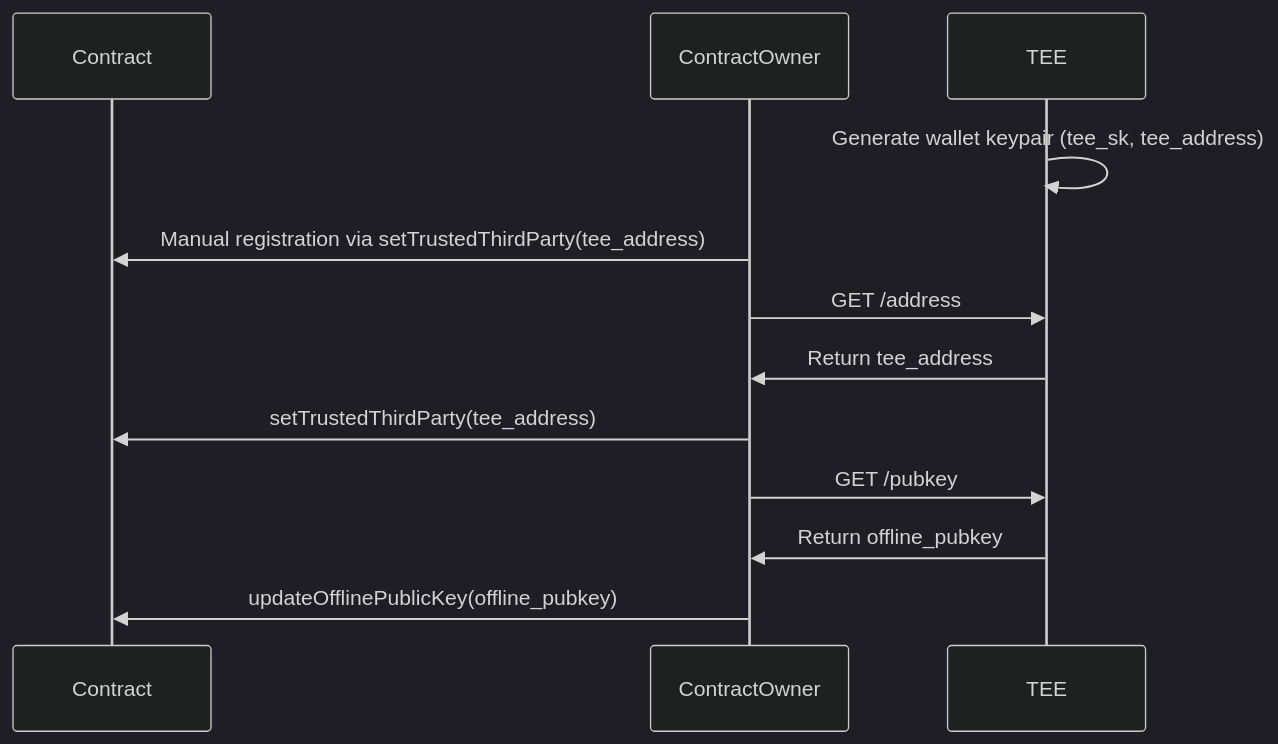
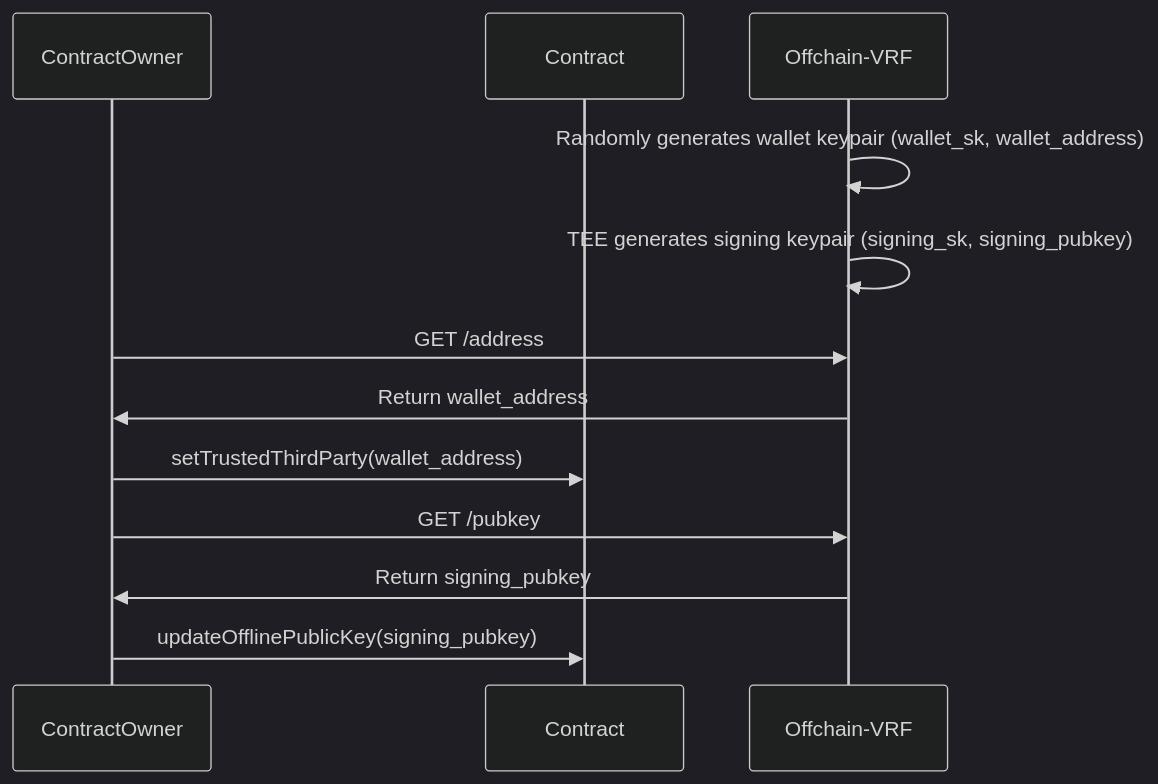
Before and after one commit to mondaylord/phala-cloud-vrf: the first of 2 diagrams in README.md, drawn with Mermaid (dark theme). The commit also changed other lines of this file and 7 other files, not shown here.

Commit message:
Update readme and the architecture

````diff
--- a/README.md
+++ b/README.md
@@ -20,15 +20,15 @@
 ```mermaid
 sequenceDiagram
+    participant ContractOwner
     participant Contract
-    participant ContractOwner
-    participant TEE
+    participant Offchain-VRF
   
-    TEE->>TEE: Generate wallet keypair (tee_sk, tee_address)
-    ContractOwner->>Contract: Manual registration via setTrustedThirdParty(tee_address)
-    ContractOwner->>TEE: GET /address
-    TEE->>ContractOwner: Return tee_address
-    ContractOwner->>Contract: setTrustedThirdParty(tee_address)
-    ContractOwner->>TEE: GET /pubkey
-    TEE->>ContractOwner: Return offline_pubkey
-    ContractOwner->>Contract: updateOfflinePublicKey(offline_pubkey)
+    Offchain-VRF->>Offchain-VRF: Randomly generates wallet keypair (wallet_sk, wallet_address)
+    Offchain-VRF->>Offchain-VRF: TEE generates signing keypair (signing_sk, signing_pubkey)
+    ContractOwner->>Offchain-VRF: GET /address
+    Offchain-VRF->>ContractOwner: Return wallet_address
+    ContractOwner->>Contract: setTrustedThirdParty(wallet_address)
+    ContractOwner->>Offchain-VRF: GET /pubkey
+    Offchain-VRF->>ContractOwner: Return signing_pubkey
+    ContractOwner->>Contract: updateOfflinePublicKey(signing_pubkey)
 ```
````
